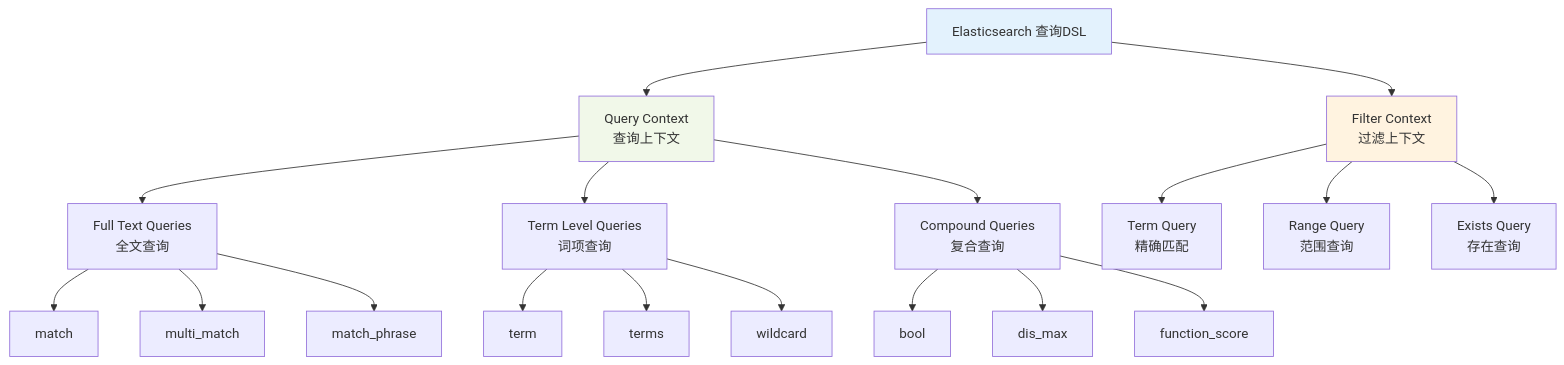
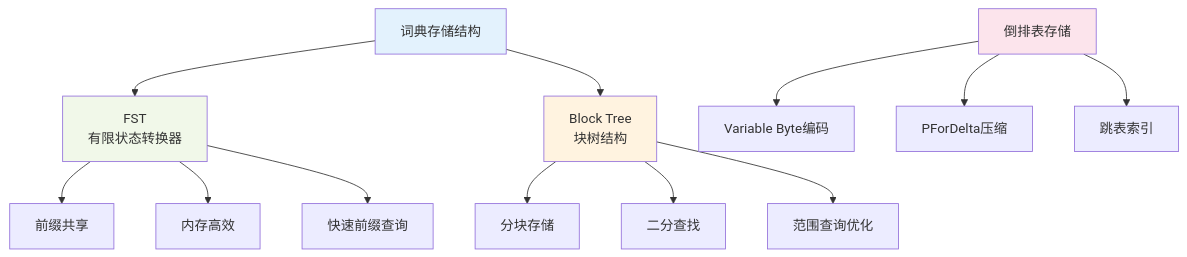
The sixth of 30 diagrams in 32.elasticsearch.md (ralph-wren/TechStack-Handbook), drawn with Mermaid before and after one commit. The commit also changed other lines of this file and 2 other files, not shown here.

````diff
--- a/32.elasticsearch.md
+++ b/32.elasticsearch.md
@@ -367,29 +328,22 @@
 ```mermaid
-graph TB
-    A["Elasticsearch 查询DSL"] --> B["Query Context<br/>查询上下文"]
-    A --> C["Filter Context<br/>过滤上下文"]
+graph TD
+    A["词典存储结构"] --> B["FST<br/>有限状态转换器"]
+    A --> C["Block Tree<br/>块树结构"]
     
-    B --> B1["Full Text Queries<br/>全文查询"]
-    B --> B2["Term Level Queries<br/>词项查询"]
-    B --> B3["Compound Queries<br/>复合查询"]
+    B --> B1["前缀共享"]
+    B --> B2["内存高效"]
+    B --> B3["快速前缀查询"]
     
-    C --> C1["Term Query<br/>精确匹配"]
-    C --> C2["Range Query<br/>范围查询"]
-    C --> C3["Exists Query<br/>存在查询"]
+    C --> C1["分块存储"]
+    C --> C2["二分查找"]
+    C --> C3["范围查询优化"]
     
-    B1 --> B11["match"]
-    B1 --> B12["multi_match"]
-    B1 --> B13["match_phrase"]
-    
-    B2 --> B21["term"]
-    B2 --> B22["terms"]
-    B2 --> B23["wildcard"]
-    
-    B3 --> B31["bool"]
-    B3 --> B32["dis_max"]
-    B3 --> B33["function_score"]
+    D["倒排表存储"] --> D1["Variable Byte编码"]
+    D --> D2["PForDelta压缩"]
+    D --> D3["跳表索引"]
     
     style A fill:#e3f2fd
     style B fill:#f1f8e9
     style C fill:#fff3e0
+    style D fill:#fce4ec
 ```
````
